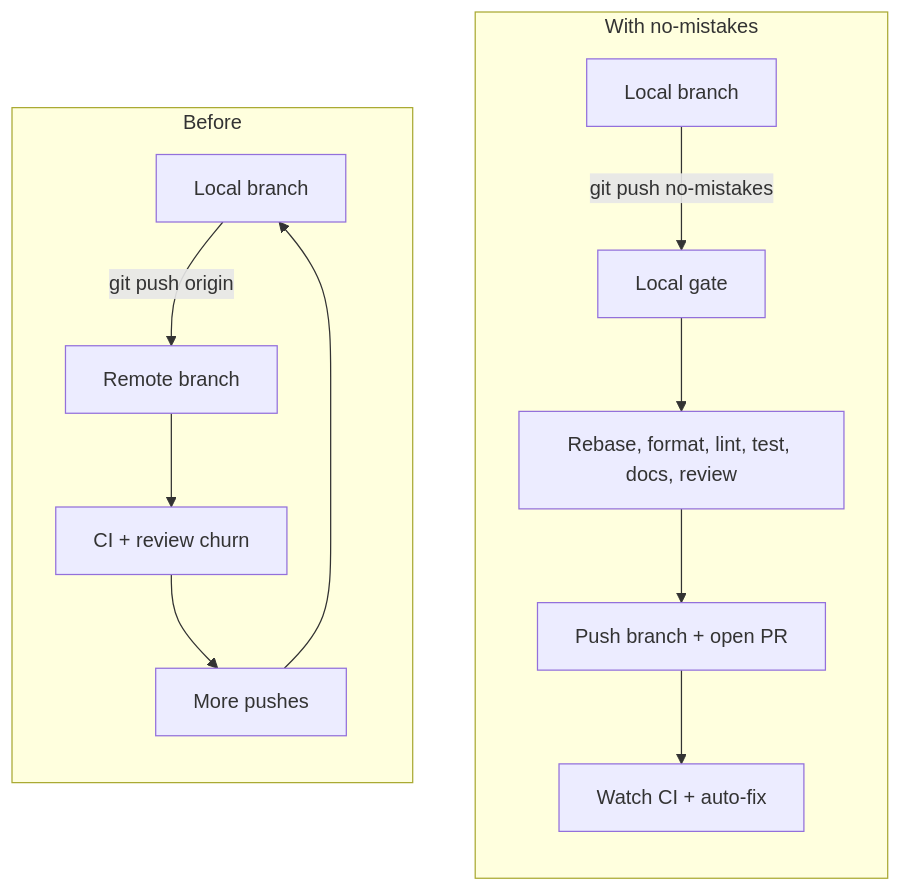
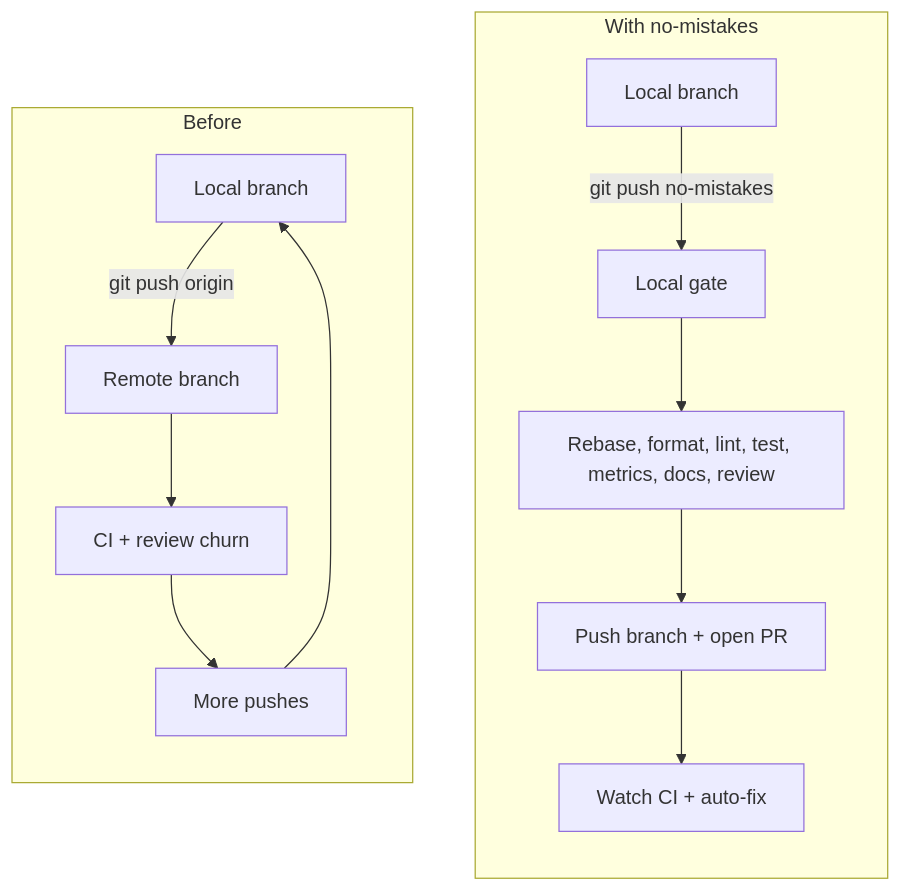
The diagram in docs/src/content/docs/index.mdx (tvrmsmith/no-mistakes), drawn with Mermaid before and after one commit. The commit also changed 43 other files, not shown here.

````diff
--- a/docs/src/content/docs/index.mdx
+++ b/docs/src/content/docs/index.mdx
@@ -27,20 +27,20 @@
 ```mermaid
 flowchart LR
   subgraph before[" Before "]
     direction TB
     A["Local branch"] -->|"git push origin"| B["Remote branch"]
     B --> C["CI + review churn"]
     C --> D["More pushes"]
     D --> A
   end
 
   subgraph after[" With no-mistakes "]
     direction TB
     E["Local branch"] -->|"git push no-mistakes"| F["Local gate"]
-    F --> G["Rebase, format, lint, test, docs, review"]
+    F --> G["Rebase, format, lint, test, metrics, docs, review"]
     G --> H["Push branch + open PR"]
     H --> I["Watch CI + auto-fix"]
   end
 
   before ~~~ after
 ```
````
